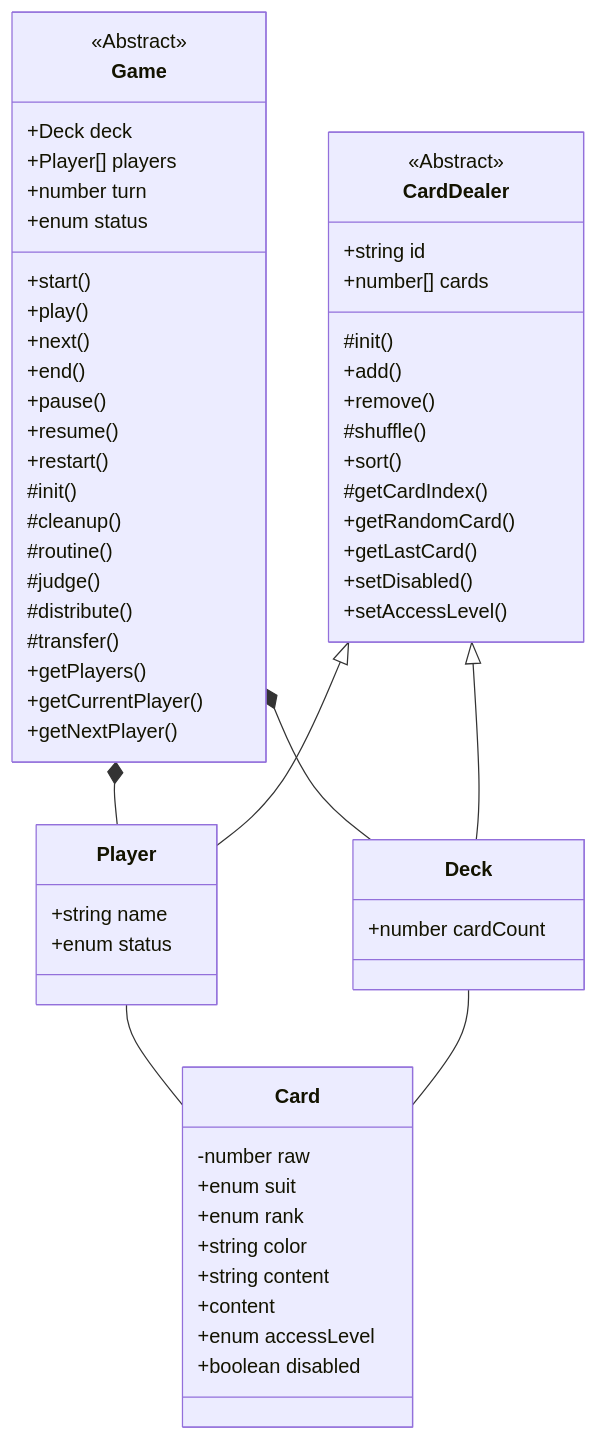
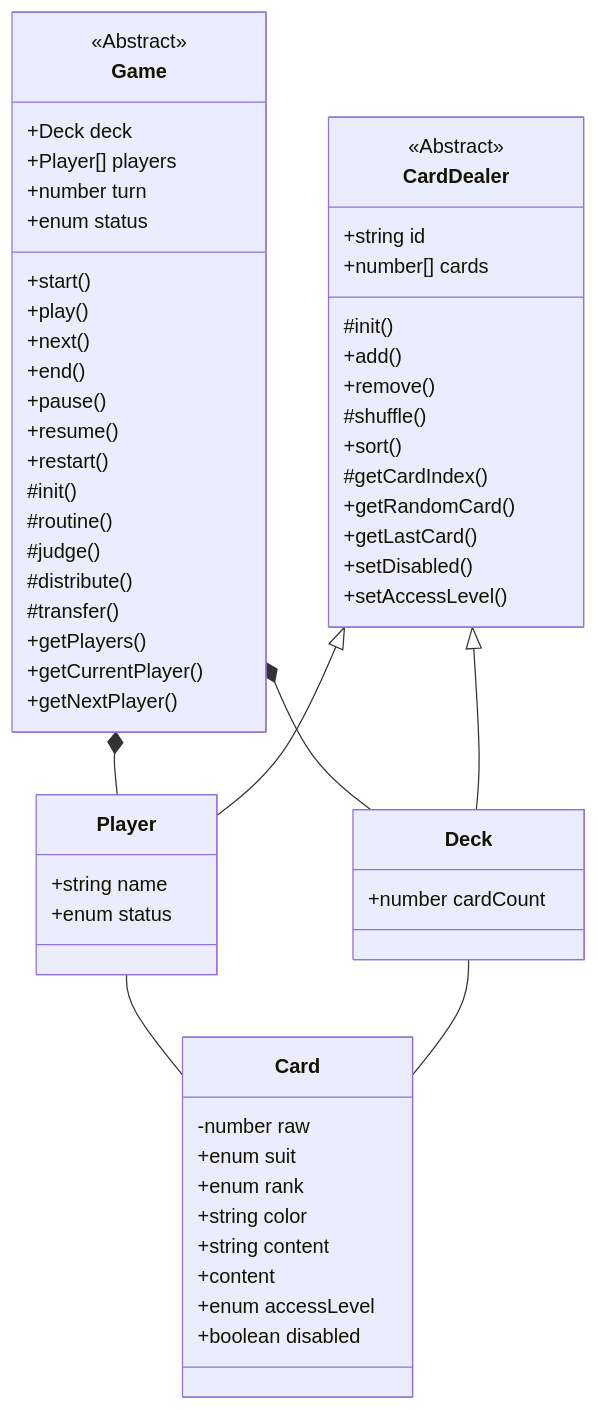
Before and after one commit to shyamajp/games: the first of 7 diagrams in doc/architecture.md, drawn with Mermaid. The commit also changed other lines of this file and 8 other files, not shown here.

````diff
--- a/doc/architecture.md
+++ b/doc/architecture.md
@@ -5,64 +5,63 @@
 ```mermaid
 classDiagram
     Game *-- Player
     Game *-- Deck
     CardDealer <|-- Player
     CardDealer <|-- Deck
     Player -- Card
     Deck -- Card
     class CardDealer {
         <<Abstract>>
         +string id
         +number[] cards
         #init()
         +add()
         +remove()
         #shuffle()
         +sort()
         #getCardIndex()
         +getRandomCard()
         +getLastCard()
         +setDisabled()
         +setAccessLevel()
     }
     class Player{
         +string name
         +enum status
     }
     class Deck {
         +number cardCount
     }
     class Game {
         <<Abstract>>
         +Deck deck
         +Player[] players
         +number turn
         +enum status
         +start()
         +play()
         +next()
         +end()
         +pause()
         +resume()
         +restart()
         #init()
-        #cleanup()
         #routine()
         #judge()
         #distribute()
         #transfer()
         +getPlayers()
         +getCurrentPlayer()
         +getNextPlayer()
     }
     class Card {
         -number raw
         +enum suit
         +enum rank
         +string color
         +string content
         +content
         +enum accessLevel
         +boolean disabled
     }
 ```
````
